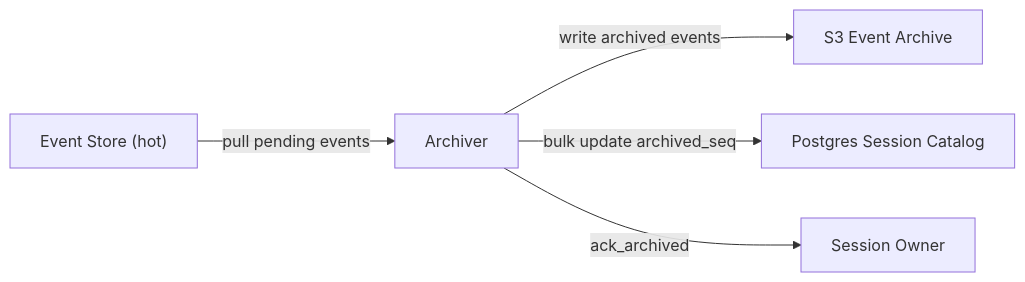
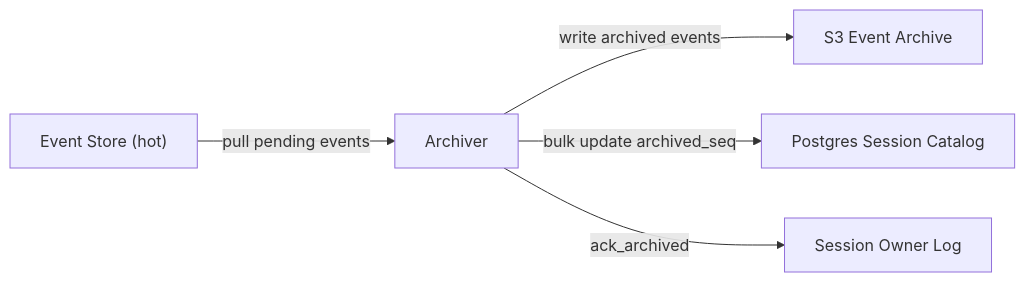
The second of 2 diagrams in docs/architecture.md (fastpaca/starcite), drawn with Mermaid before and after one commit. The commit also changed other lines of this file and 7 other files, not shown here.

````diff
--- a/docs/architecture.md
+++ b/docs/architecture.md
@@ -97,7 +111,7 @@
 ```mermaid
 graph LR
     E["Event Store (hot)"] -- "pull pending events" --> AR["Archiver"]
     AR -- "write archived events" --> S["S3 Event Archive"]
     AR -- "bulk update archived_seq" --> C["Postgres Session Catalog"]
-    AR -- "ack_archived" --> O["Session Owner"]
+    AR -- "ack_archived" --> O["Session Owner Log"]
 ```
````
